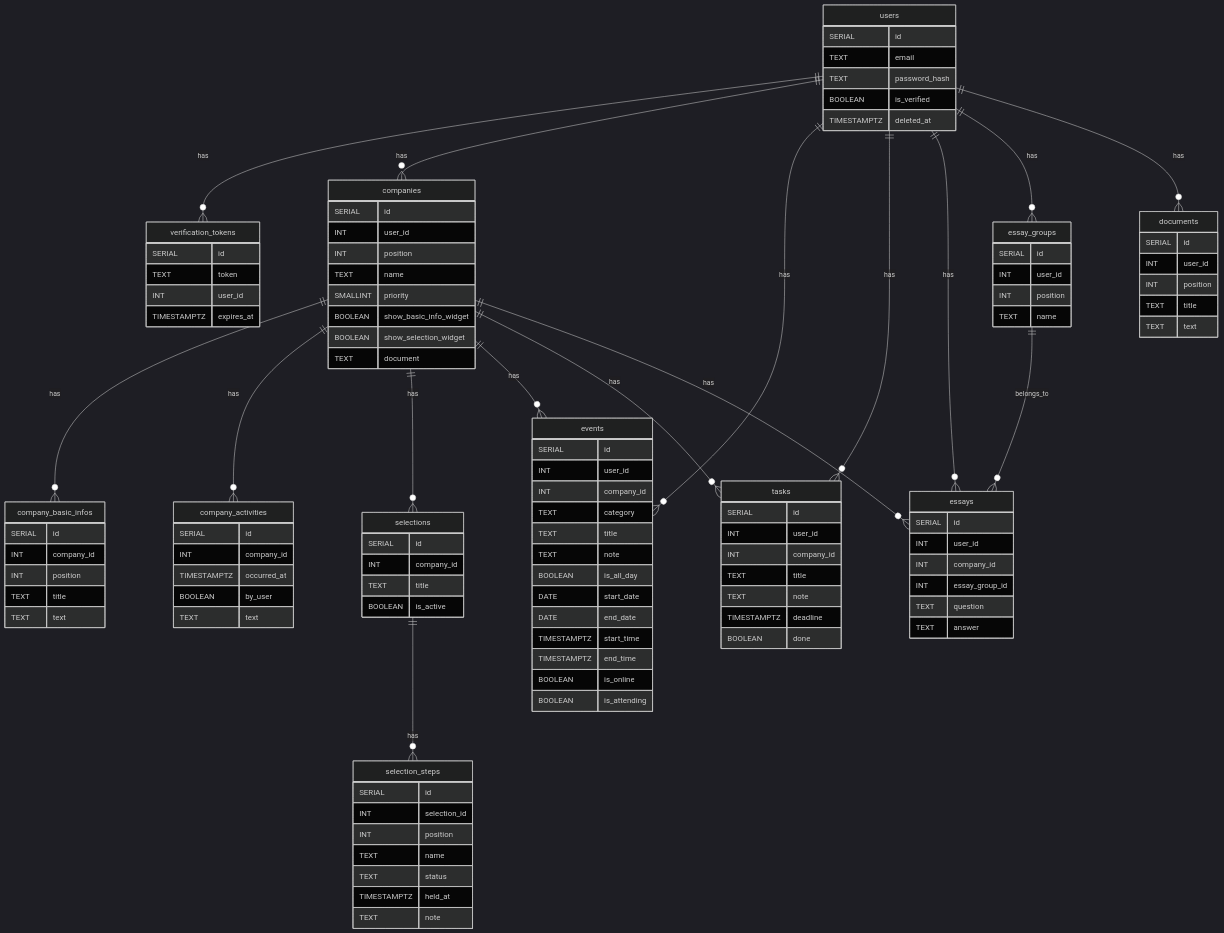
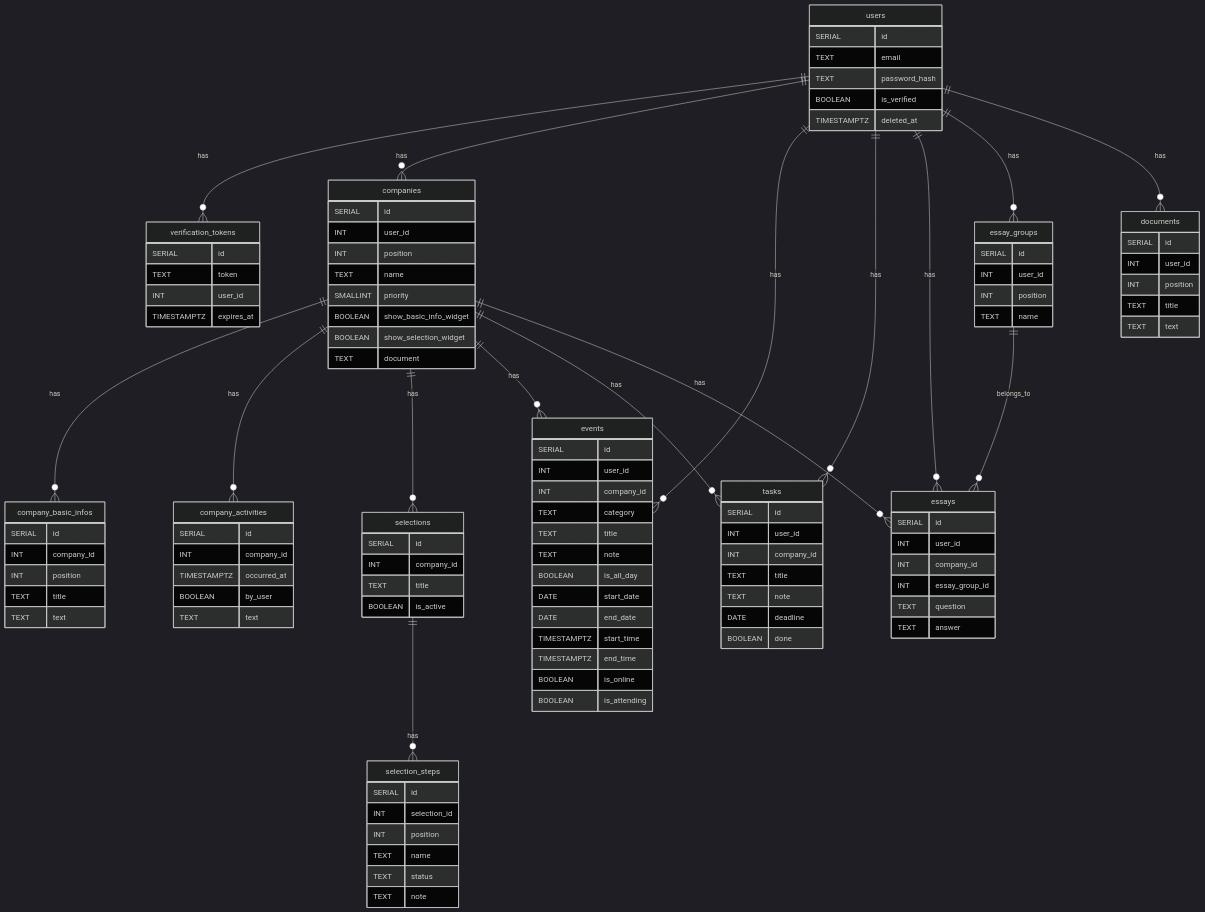
One commit to kotonekanno/job-hunt-workspace changed the diagram in docs/db-design.md. Above: the diagram before and after it, drawn with Mermaid (dark theme). The commit also changed other lines of this file and 13 other files, not shown here.

```diff
--- a/docs/db-design.md
+++ b/docs/db-design.md
@@ -90,7 +90,6 @@
     INT position
     TEXT name
     TEXT status
-    TIMESTAMPTZ held_at
     TEXT note
   }
 
@@ -116,7 +115,7 @@
     INT company_id
     TEXT title
     TEXT note
-    TIMESTAMPTZ deadline
+    DATE deadline
     BOOLEAN done
   }
 
```
